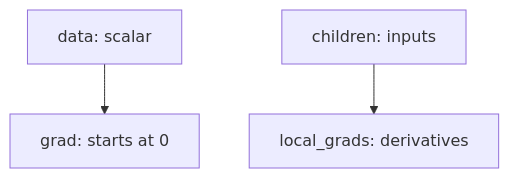
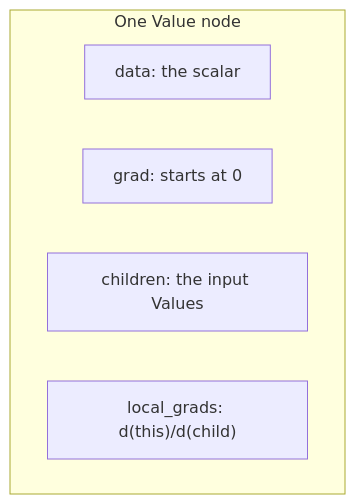
The diagram in walk-the-code/diagrams/value_node.mmd (danilop/micro-gpt-and-beyond), drawn with Mermaid before and after one commit. The commit also changed 80 other files, not shown here.

```diff
--- a/walk-the-code/diagrams/value_node.mmd
+++ b/walk-the-code/diagrams/value_node.mmd
@@ -1,3 +1,7 @@
 graph TD
-    data["data: scalar"] --> grad["grad: starts at 0"]
-    children["children: inputs"] --> local_grads["local_grads: derivatives"]
+    subgraph V["One Value node"]
+        data["data: the scalar"]
+        grad["grad: starts at 0"]
+        children["children: the input Values"]
+        local_grads["local_grads: d(this)/d(child)"]
+    end
```
